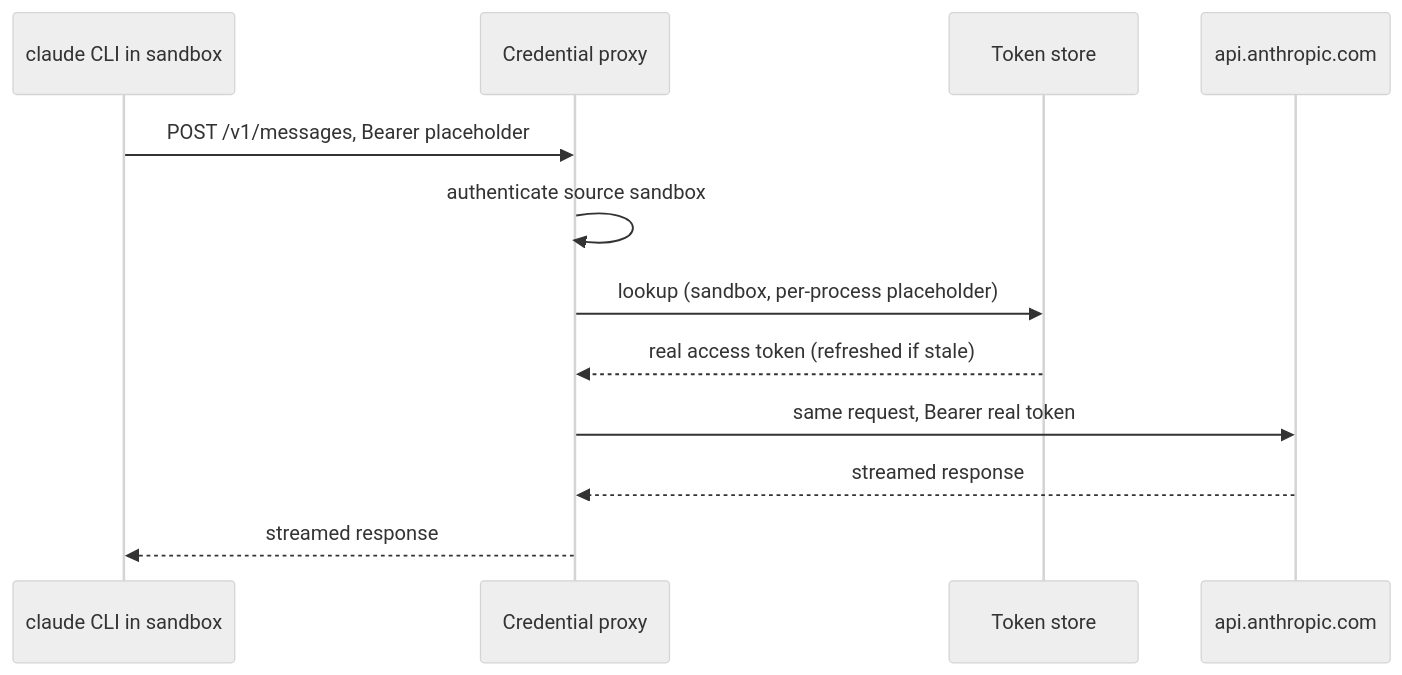
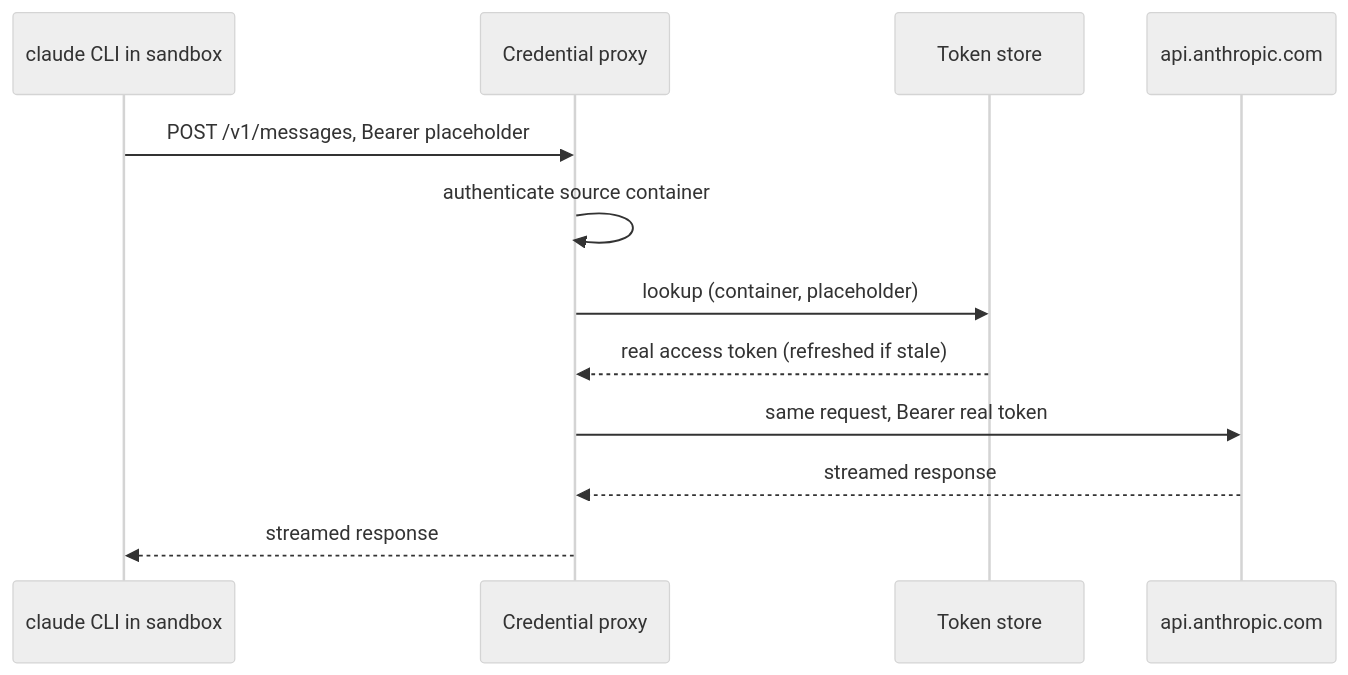
Before and after one commit to agentsky/agent-core: the sixth of 7 diagrams in docs/design.md, drawn with Mermaid (neutral theme). The commit also changed other lines of this file, not shown here.

````diff
--- a/docs/design.md
+++ b/docs/design.md
@@ -311,15 +403,15 @@
 ```mermaid
 sequenceDiagram
     participant CC as claude CLI in sandbox
     participant PX as Credential proxy
     participant ST as Token store
     participant AN as api.anthropic.com
 
     CC->>PX: POST /v1/messages, Bearer placeholder
-    PX->>PX: authenticate source sandbox
-    PX->>ST: lookup (sandbox, per-process placeholder)
+    PX->>PX: authenticate source container
+    PX->>ST: lookup (container, placeholder)
     ST-->>PX: real access token (refreshed if stale)
     PX->>AN: same request, Bearer real token
     AN-->>PX: streamed response
     PX-->>CC: streamed response
 ```
````
